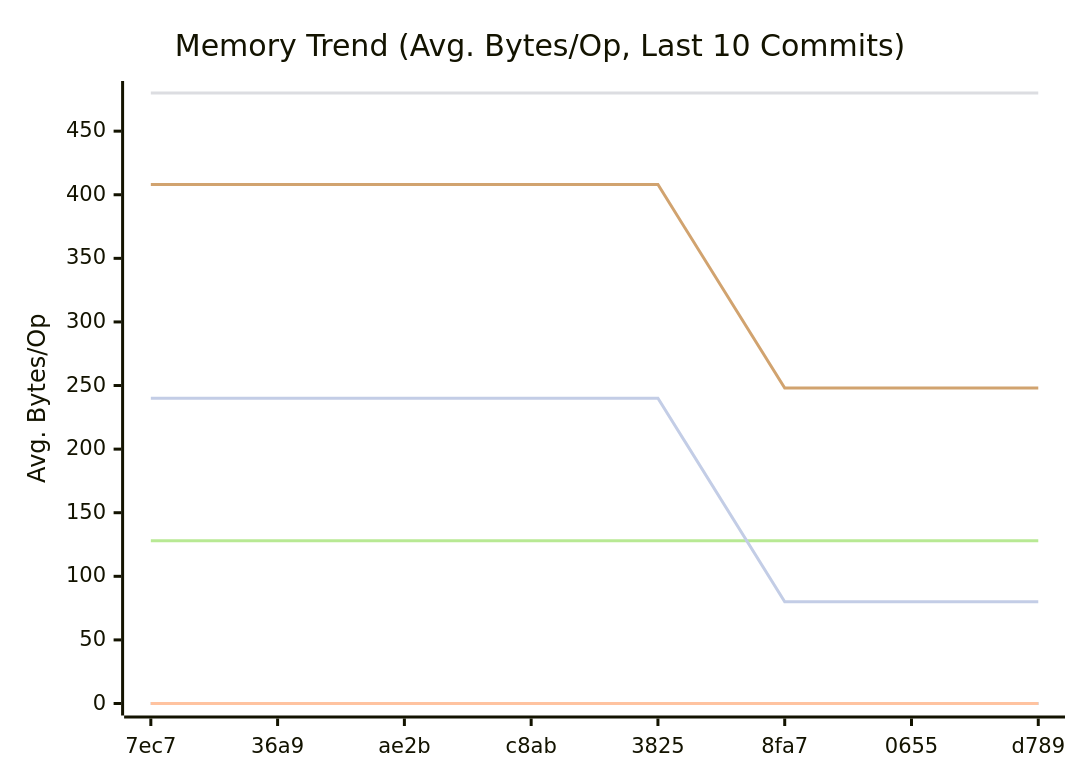
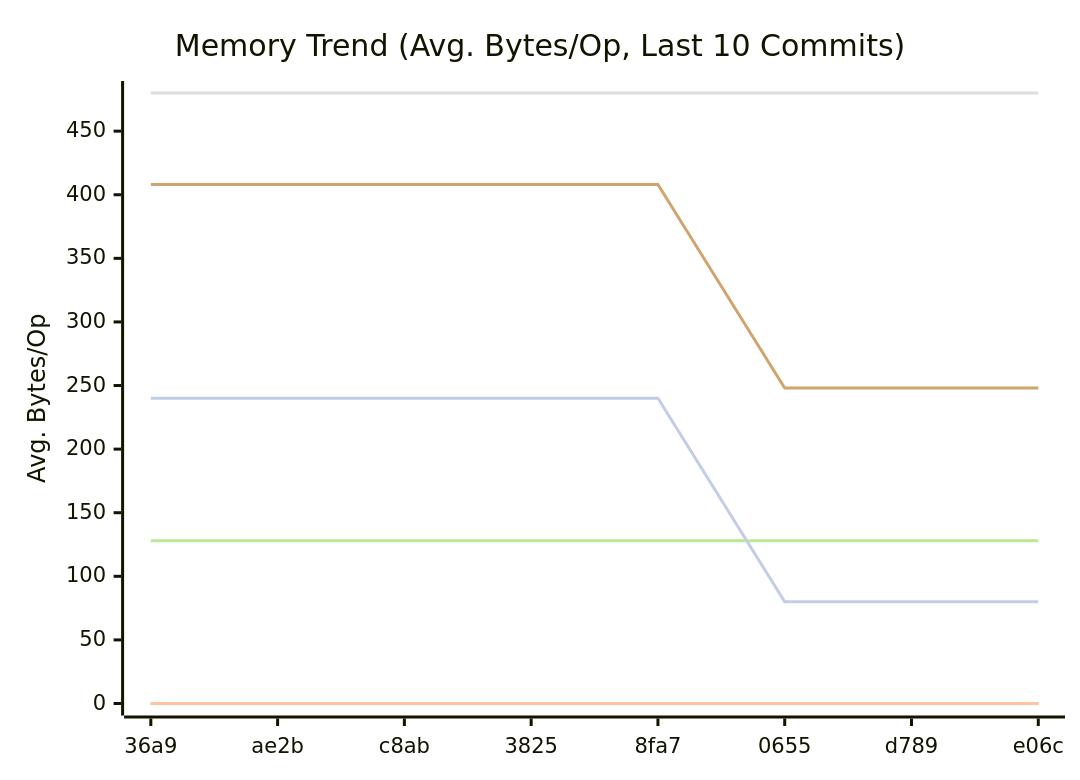
The second of 3 diagrams in docs/README.md (alsotoes/momo), drawn with Mermaid before and after one commit. The commit also changed other lines of this file and 1 other file, not shown here.

````diff
--- a/docs/README.md
+++ b/docs/README.md
@@ -318,14 +318,14 @@
 ```mermaid
 xychart-beta
     title "Memory Trend (Avg. Bytes/Op, Last 10 Commits)"
     x-axis "Commit"
     y-axis "Avg. Bytes/Op"
-    x-axis [7ec7,36a9,ae2b,c8ab,3825,8fa7,0655,d789]
+    x-axis [36a9,ae2b,c8ab,3825,8fa7,0655,d789,e06c]
     line "CheckMetricsAndSwap" [0,0,0,0,0,0,0,0,0,0]
     line "IndexDirectTracking" [0,0,0,0,0,0,0,0,0,0]
     line "IndexSearch" [0,0,0,0,0,0,0,0,0,0]
     line "LoadGlobalConfig" [480,480,480,480,480,480,480,480,480,480]
     line "PadString" [128,128,128,128,128,128,128,128,128,128]
     line "ParseReplicationOrder_NoPrealloc" [408,408,408,408,408,248,248,248,248,248]
     line "ParseReplicationOrder_Prealloc" [240,240,240,240,240,80,80,80,80,80]
 ```
````
